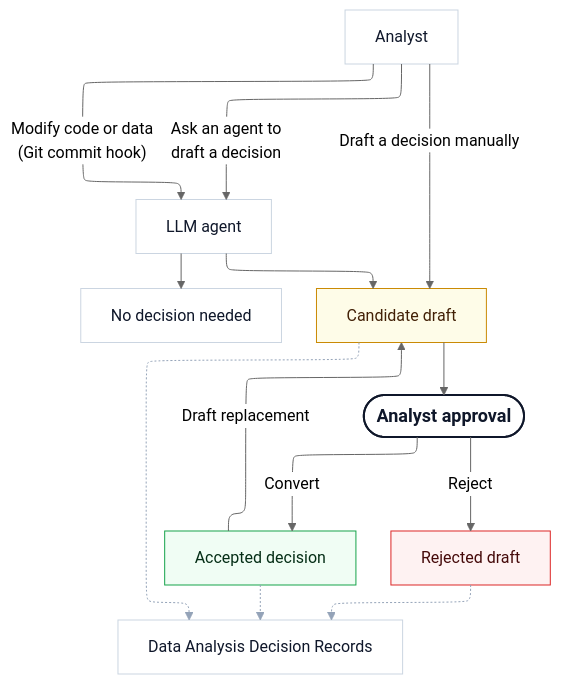
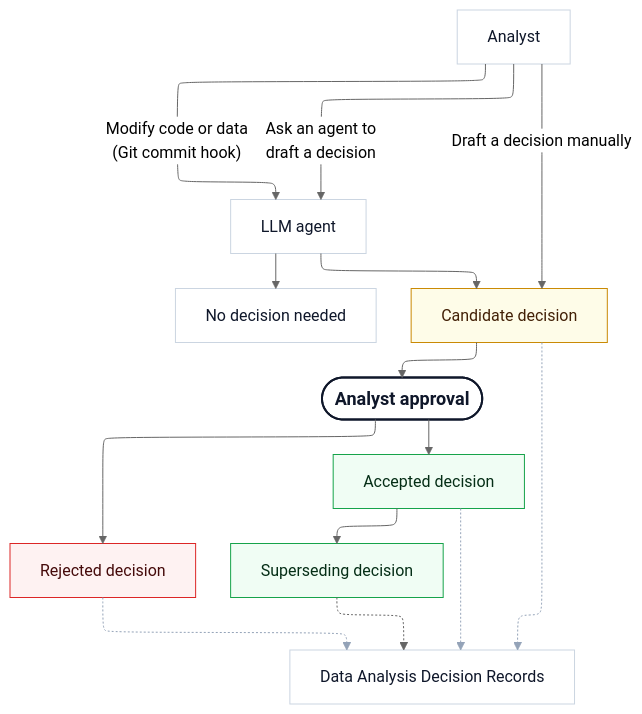
One commit to sverrirarnors/dadr changed the diagram in docs-src/index.md. Above: the diagram before and after it, drawn with Mermaid (neutral theme). The commit also changed other lines of this file and 32 other files, not shown here.

````diff
--- a/docs-src/index.md
+++ b/docs-src/index.md
@@ -73,38 +172,42 @@
 ```mermaid
 %%{init: {"flowchart": {"defaultRenderer": "elk", "curve": "basis", "nodeSpacing": 70, "rankSpacing": 70}}}%%
 flowchart TD
     analyst["Analyst"]
     no["No decision needed"]
     llm1["LLM agent"]
-    candidate["Candidate draft"]
+    candidate["Candidate decision"]
     review(["Analyst approval"])
     accepted["Accepted decision"]
-    rejected["Rejected draft"]
+    rejected["Rejected decision"]
+    supersede["Superseding decision"]
     log["Data&nbsp;Analysis&nbsp;Decision&nbsp;Records"]
 
     analyst -- "Ask an agent to<br/>draft a decision" --> llm1
     analyst -- "Modify code or data<br/>(Git commit hook)" --> llm1
     analyst -- "Draft a decision manually" --> candidate
     llm1 --> no
     llm1 --> candidate
     candidate --> review
-    review -- "Convert" --> accepted
-    review -- "Reject" --> rejected
-    accepted -- "Draft replacement" --> candidate
+    review --> accepted
+    review --> rejected
+    accepted --> supersede
     accepted -.-> log
     rejected -.-> log
     candidate -.-> log
+    supersede -.-> log
 
     linkStyle 9,10,11 stroke:#94a3b8,stroke-width:1px;
 
     classDef default fill:#ffffff,stroke:#cbd5e1,stroke-width:1px,color:#0f172a;
     classDef sReview fill:#ffffff,stroke:#0f172a,stroke-width:2px,color:#0f172a,font-weight:600,font-size:18px;
     classDef sCandidate fill:#fefce8,stroke:#ca8a04,stroke-width:1px,color:#422006;
     classDef sAccepted fill:#f0fdf4,stroke:#16a34a,stroke-width:1px,color:#052e16;
+    classDef sSuperseded fill:#f0fdf4,stroke:#16a34a,stroke-width:1px,color:#052e16;
     classDef sRejected fill:#fef2f2,stroke:#dc2626,stroke-width:1px,color:#450a0a;
 
     class review sReview;
     class candidate sCandidate;
     class accepted sAccepted;
     class rejected sRejected;
+    class supersede sSuperseded;
 ```
````
